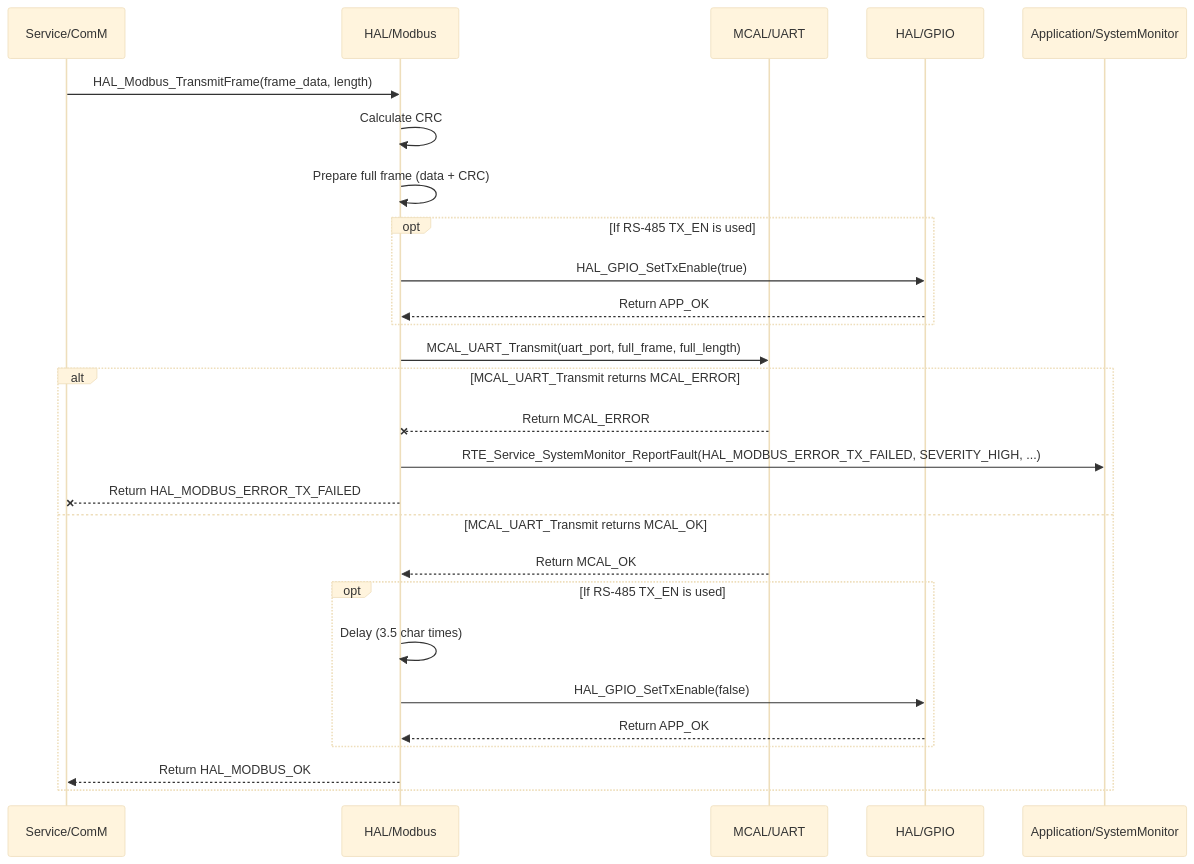
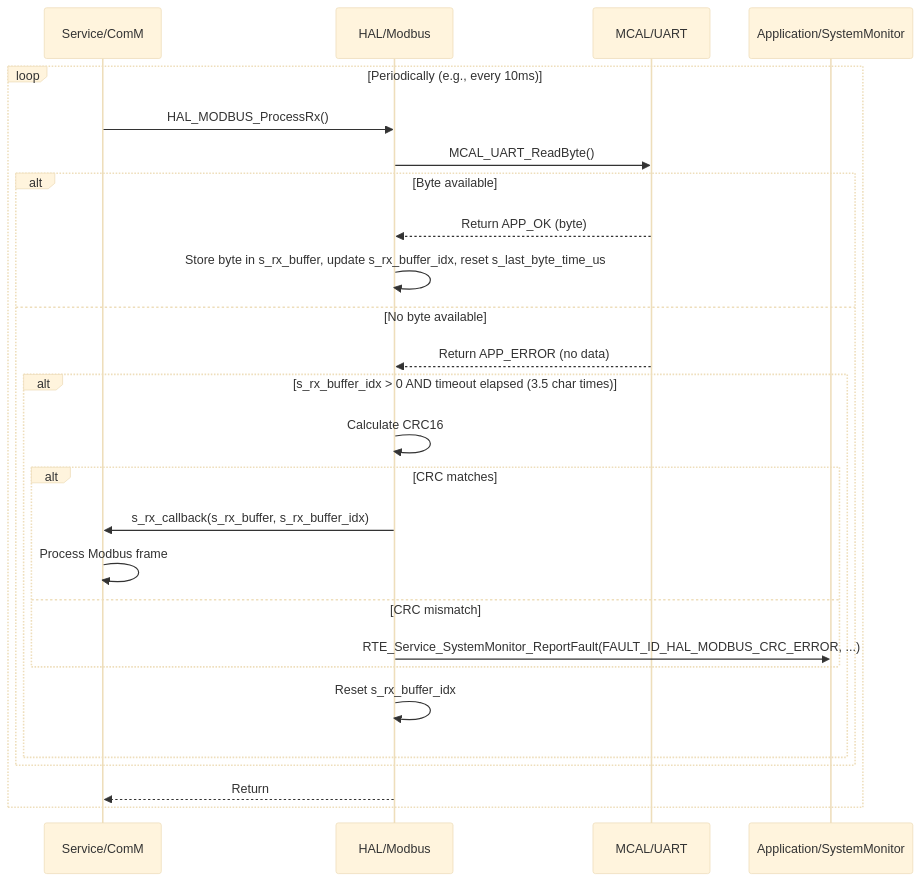
One commit to ashaker-2/Platform changed the diagram in Requiremets/Design/HAL/HAL_Modbus.md. Above: the diagram before and after it, drawn with Mermaid (base theme). The commit also changed other lines of this file and 26 other files, not shown here.

````diff
--- a/Requiremets/Design/HAL/HAL_Modbus.md
+++ b/Requiremets/Design/HAL/HAL_Modbus.md
@@ -171,30 +166,29 @@
 ```mermaid
-sequenceDiagram
-    participant ComM as Service/ComM
-    participant HAL_Modbus as HAL/Modbus
-    participant MCAL_UART as MCAL/UART
-    participant HAL_GPIO as HAL/GPIO
+sequenceDiagram  
+    participant ComM as Service/ComM  
+    participant HAL_MODBUS as HAL/Modbus  
+    participant MCAL_UART as MCAL/UART  
     participant SystemMonitor as Application/SystemMonitor
 
-    ComM->>HAL_Modbus: HAL_Modbus_TransmitFrame(frame_data, length)
-    HAL_Modbus->>HAL_Modbus: Calculate CRC
-    HAL_Modbus->>HAL_Modbus: Prepare full frame (data + CRC)
-    opt If RS-485 TX_EN is used
-        HAL_Modbus->>HAL_GPIO: HAL_GPIO_SetTxEnable(true)
-        HAL_GPIO-->>HAL_Modbus: Return APP_OK
-    end
-    HAL_Modbus->>MCAL_UART: MCAL_UART_Transmit(uart_port, full_frame, full_length)
-    alt MCAL_UART_Transmit returns MCAL_ERROR
-        MCAL_UART--xHAL_Modbus: Return MCAL_ERROR
-        HAL_Modbus->>SystemMonitor: RTE_Service_SystemMonitor_ReportFault(HAL_MODBUS_ERROR_TX_FAILED, SEVERITY_HIGH, ...)
-        HAL_Modbus--xComM: Return HAL_MODBUS_ERROR_TX_FAILED
-    else MCAL_UART_Transmit returns MCAL_OK
-        MCAL_UART-->>HAL_Modbus: Return MCAL_OK
-        opt If RS-485 TX_EN is used
-            HAL_Modbus->>HAL_Modbus: Delay (3.5 char times)
-            HAL_Modbus->>HAL_GPIO: HAL_GPIO_SetTxEnable(false)
-            HAL_GPIO-->>HAL_Modbus: Return APP_OK
-        end
-        HAL_Modbus-->>ComM: Return HAL_MODBUS_OK
+    loop Periodically (e.g., every 10ms)  
+        ComM->>HAL_MODBUS: HAL_MODBUS_ProcessRx()  
+        HAL_MODBUS->>MCAL_UART: MCAL_UART_ReadByte()  
+        alt Byte available  
+            MCAL_UART-->>HAL_MODBUS: Return APP_OK (byte)  
+            HAL_MODBUS->>HAL_MODBUS: Store byte in s_rx_buffer, update s_rx_buffer_idx, reset s_last_byte_time_us  
+        else No byte available  
+            MCAL_UART-->>HAL_MODBUS: Return APP_ERROR (no data)  
+            alt s_rx_buffer_idx > 0 AND timeout elapsed (3.5 char times)  
+                HAL_MODBUS->>HAL_MODBUS: Calculate CRC16  
+                alt CRC matches  
+                    HAL_MODBUS->>ComM: s_rx_callback(s_rx_buffer, s_rx_buffer_idx)  
+                    ComM->>ComM: Process Modbus frame  
+                else CRC mismatch  
+                    HAL_MODBUS->>SystemMonitor: RTE_Service_SystemMonitor_ReportFault(FAULT_ID_HAL_MODBUS_CRC_ERROR, ...)  
+                end  
+                HAL_MODBUS->>HAL_MODBUS: Reset s_rx_buffer_idx  
+            end  
+        end  
+        HAL_MODBUS-->>ComM: Return  
     end
 ```
````
